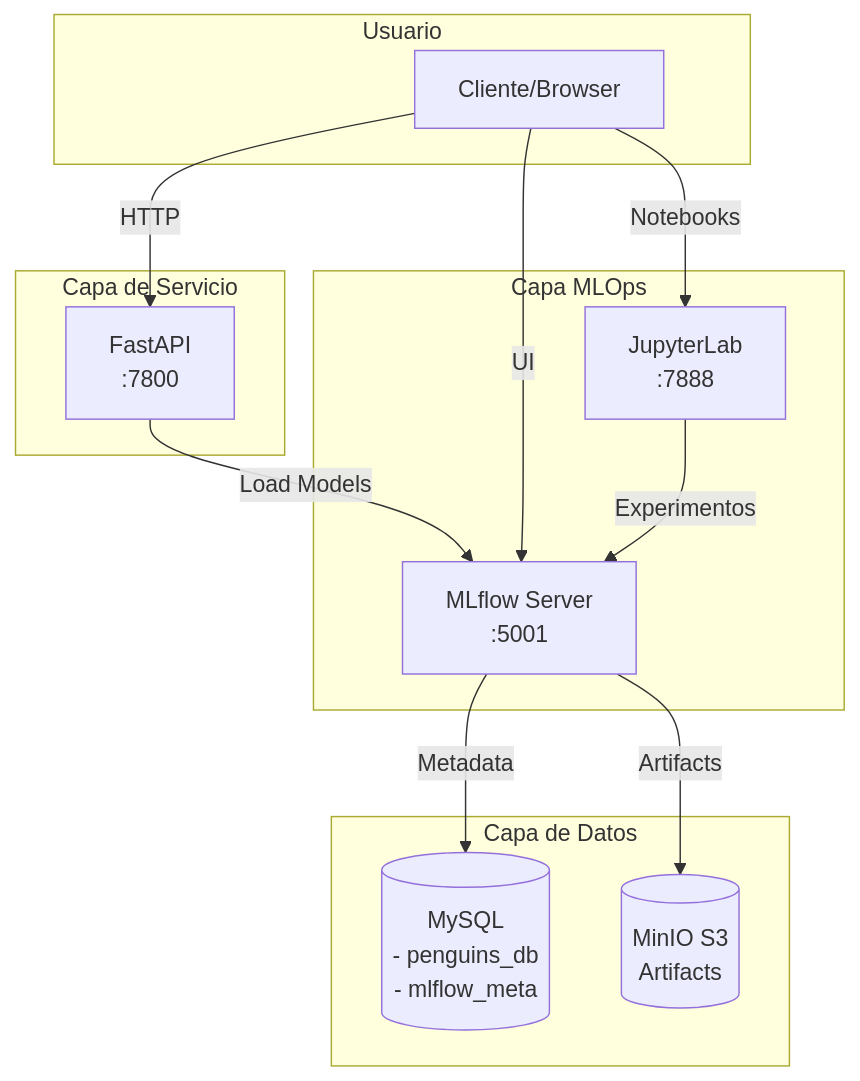
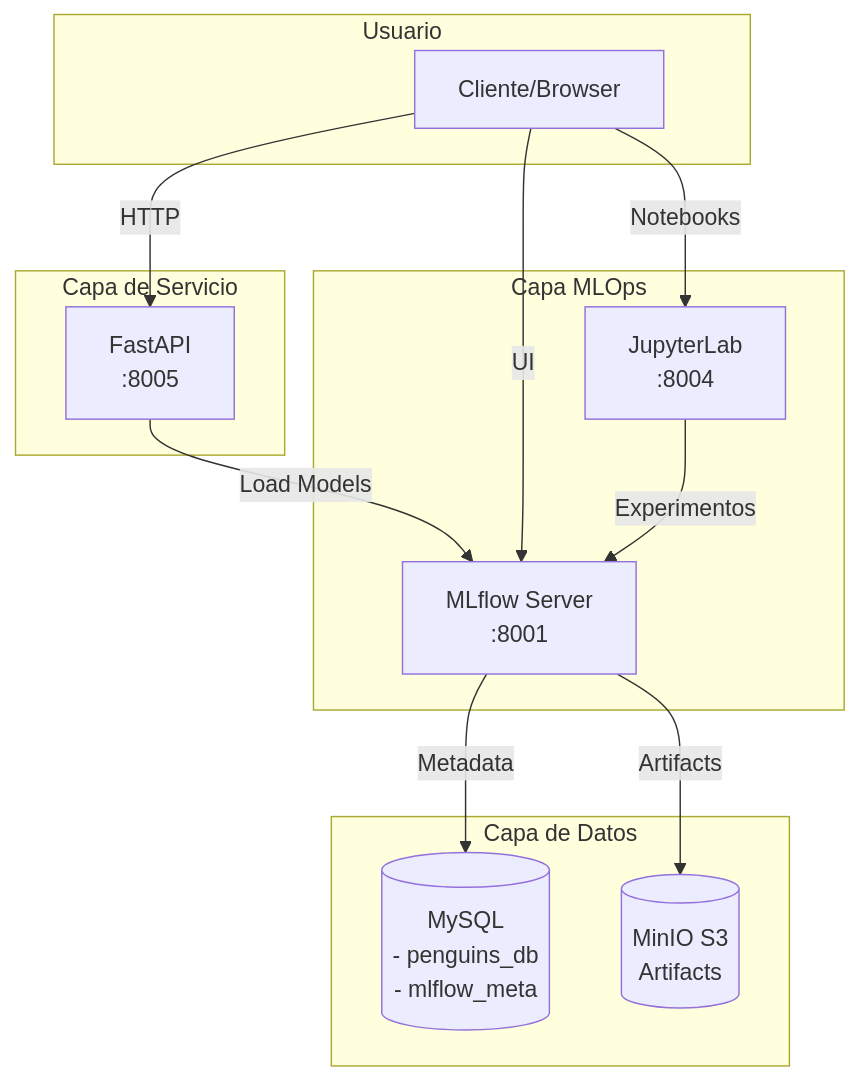
Before and after one commit to AbelAlbuez/mlops-group-three: the diagram in Taller-4/README.md, drawn with Mermaid. The commit also changed other lines of this file and 4 other files, not shown here.

Commit message:
fix: update service ports for MinIO, MLflow, JupyterLab, and API in configuration files

````diff
--- a/Taller-4/README.md
+++ b/Taller-4/README.md
@@ -16,28 +16,28 @@
 ```mermaid
 graph TB
     subgraph "Capa de Datos"
         MySQL[(MySQL<br/>- penguins_db<br/>- mlflow_meta)]
         MinIO[(MinIO S3<br/>Artifacts)]
     end
     
     subgraph "Capa MLOps"
-        MLflow[MLflow Server<br/>:5001]
-        Jupyter[JupyterLab<br/>:7888]
+        MLflow[MLflow Server<br/>:8001]
+        Jupyter[JupyterLab<br/>:8004]
     end
     
     subgraph "Capa de Servicio"
-        API[FastAPI<br/>:7800]
+        API[FastAPI<br/>:8005]
     end
     
     subgraph "Usuario"
         Client[Cliente/Browser]
     end
     
     Jupyter -->|Experimentos| MLflow
     MLflow -->|Metadata| MySQL
     MLflow -->|Artifacts| MinIO
     API -->|Load Models| MLflow
     Client -->|HTTP| API
     Client -->|UI| MLflow
     Client -->|Notebooks| Jupyter
 ```
````
